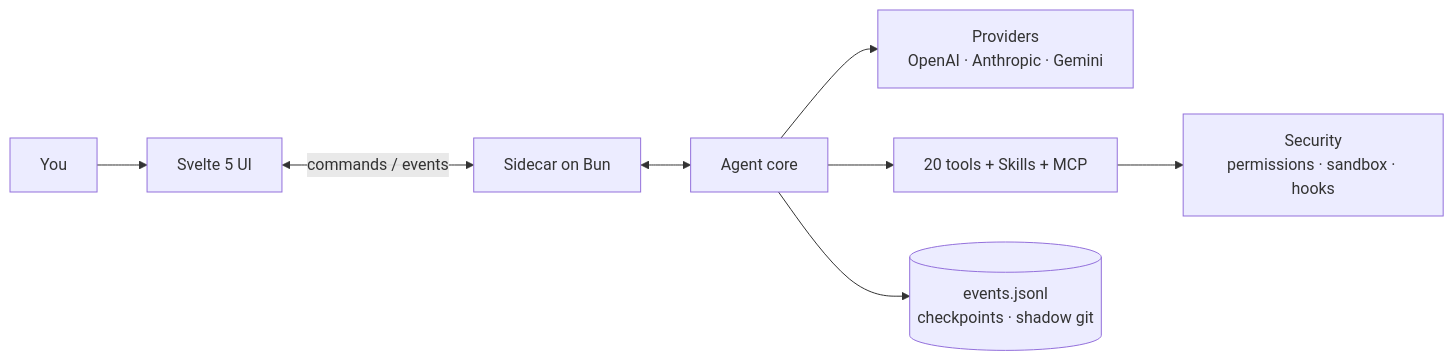
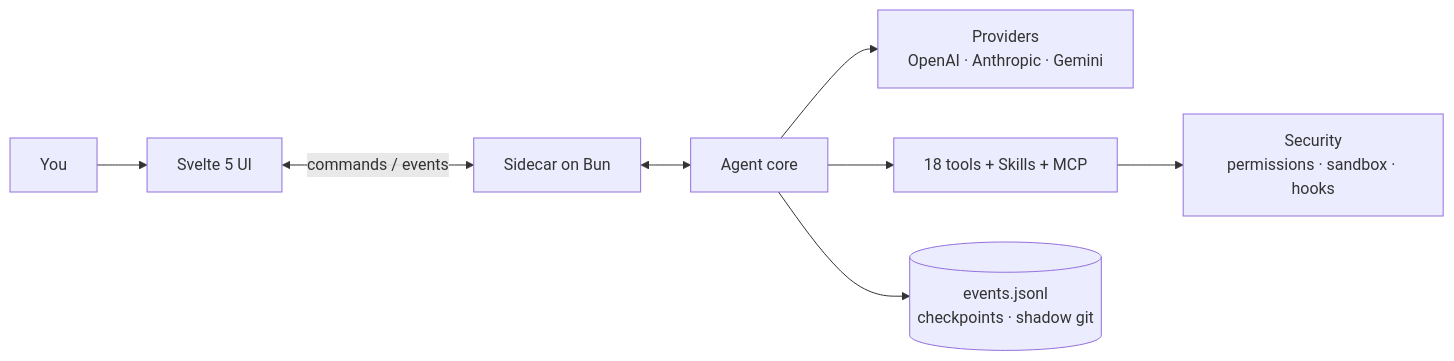
The diagram in README.md (AnnenkovLabs/flecten), drawn with Mermaid before and after one commit. The commit also changed other lines of this file and 168 other files, not shown here.

````diff
--- a/README.md
+++ b/README.md
@@ -124,10 +124,10 @@
 ```mermaid
 flowchart LR
   U[You] --> UI[Svelte 5 UI]
   UI <-->|commands / events| SC[Sidecar on Bun]
   SC <--> CORE[Agent core]
   CORE --> PROV[Providers<br/>OpenAI · Anthropic · Gemini]
-  CORE --> TOOLS[20 tools + Skills + MCP]
+  CORE --> TOOLS[18 tools + Skills + MCP]
   TOOLS --> SEC[Security<br/>permissions · sandbox · hooks]
   CORE --> STORE[(events.jsonl<br/>checkpoints · shadow git)]
 ```
````
